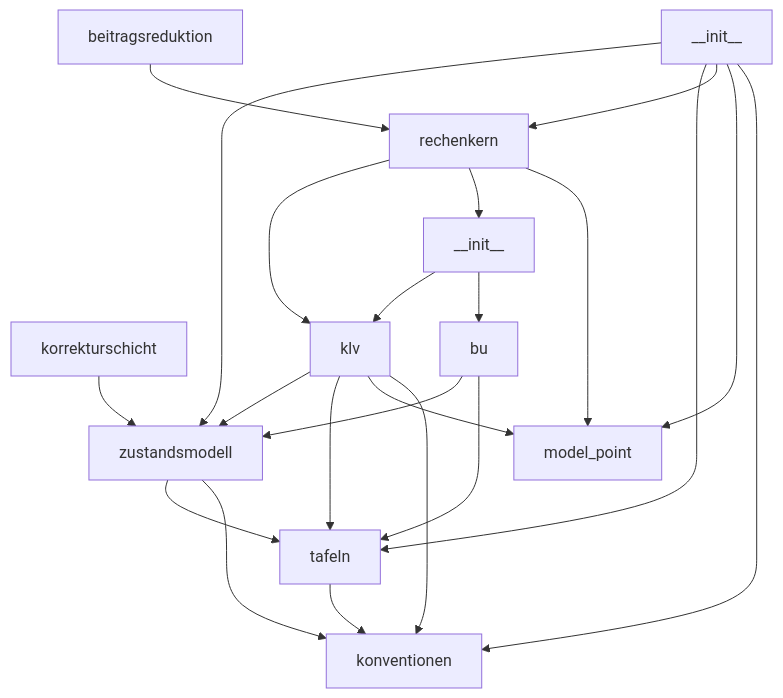
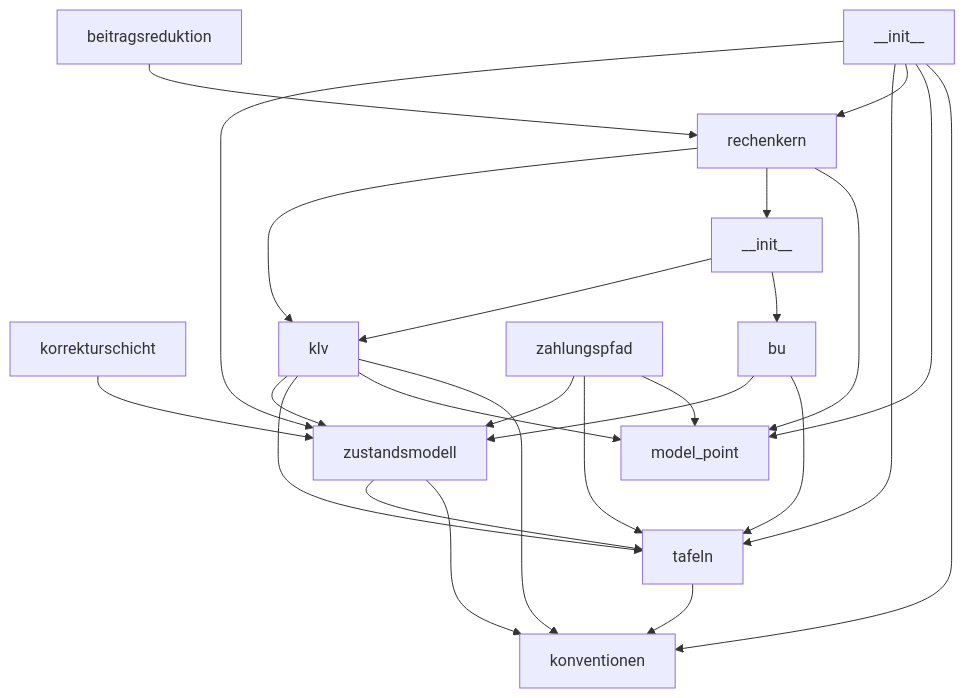
The third of 3 diagrams in docs/architektur/landkarte.md (bartlmac/rechner-pipeline), drawn with Mermaid before and after one commit. The commit also changed other lines of this file and 4 other files, not shown here.

````diff
--- a/docs/architektur/landkarte.md
+++ b/docs/architektur/landkarte.md
@@ -95,36 +95,40 @@
 ```mermaid
 %% kern — erzeugt von ontologie.landkarte
 flowchart TD
     rechner_pipeline_kern___init___py["__init__"]
     rechner_pipeline_kern_beitragsreduktion_py["beitragsreduktion"]
     rechner_pipeline_kern_konventionen_py["konventionen"]
     rechner_pipeline_kern_korrekturschicht_py["korrekturschicht"]
     rechner_pipeline_kern_model_point_py["model_point"]
     rechner_pipeline_kern_produkte___init___py["__init__"]
     rechner_pipeline_kern_produkte_bu_py["bu"]
     rechner_pipeline_kern_produkte_klv_py["klv"]
     rechner_pipeline_kern_rechenkern_py["rechenkern"]
     rechner_pipeline_kern_tafeln_py["tafeln"]
+    rechner_pipeline_kern_zahlungspfad_py["zahlungspfad"]
     rechner_pipeline_kern_zustandsmodell_py["zustandsmodell"]
     rechner_pipeline_kern___init___py --> rechner_pipeline_kern_konventionen_py
     rechner_pipeline_kern___init___py --> rechner_pipeline_kern_model_point_py
     rechner_pipeline_kern___init___py --> rechner_pipeline_kern_rechenkern_py
     rechner_pipeline_kern___init___py --> rechner_pipeline_kern_tafeln_py
     rechner_pipeline_kern___init___py --> rechner_pipeline_kern_zustandsmodell_py
     rechner_pipeline_kern_beitragsreduktion_py --> rechner_pipeline_kern_rechenkern_py
     rechner_pipeline_kern_korrekturschicht_py --> rechner_pipeline_kern_zustandsmodell_py
     rechner_pipeline_kern_produkte___init___py --> rechner_pipeline_kern_produkte_bu_py
     rechner_pipeline_kern_produkte___init___py --> rechner_pipeline_kern_produkte_klv_py
     rechner_pipeline_kern_produkte_bu_py --> rechner_pipeline_kern_tafeln_py
     rechner_pipeline_kern_produkte_bu_py --> rechner_pipeline_kern_zustandsmodell_py
     rechner_pipeline_kern_produkte_klv_py --> rechner_pipeline_kern_konventionen_py
     rechner_pipeline_kern_produkte_klv_py --> rechner_pipeline_kern_model_point_py
     rechner_pipeline_kern_produkte_klv_py --> rechner_pipeline_kern_tafeln_py
     rechner_pipeline_kern_produkte_klv_py --> rechner_pipeline_kern_zustandsmodell_py
     rechner_pipeline_kern_rechenkern_py --> rechner_pipeline_kern_model_point_py
     rechner_pipeline_kern_rechenkern_py --> rechner_pipeline_kern_produkte___init___py
     rechner_pipeline_kern_rechenkern_py --> rechner_pipeline_kern_produkte_klv_py
     rechner_pipeline_kern_tafeln_py --> rechner_pipeline_kern_konventionen_py
+    rechner_pipeline_kern_zahlungspfad_py --> rechner_pipeline_kern_model_point_py
+    rechner_pipeline_kern_zahlungspfad_py --> rechner_pipeline_kern_tafeln_py
+    rechner_pipeline_kern_zahlungspfad_py --> rechner_pipeline_kern_zustandsmodell_py
     rechner_pipeline_kern_zustandsmodell_py --> rechner_pipeline_kern_konventionen_py
     rechner_pipeline_kern_zustandsmodell_py --> rechner_pipeline_kern_tafeln_py
 ```
````
